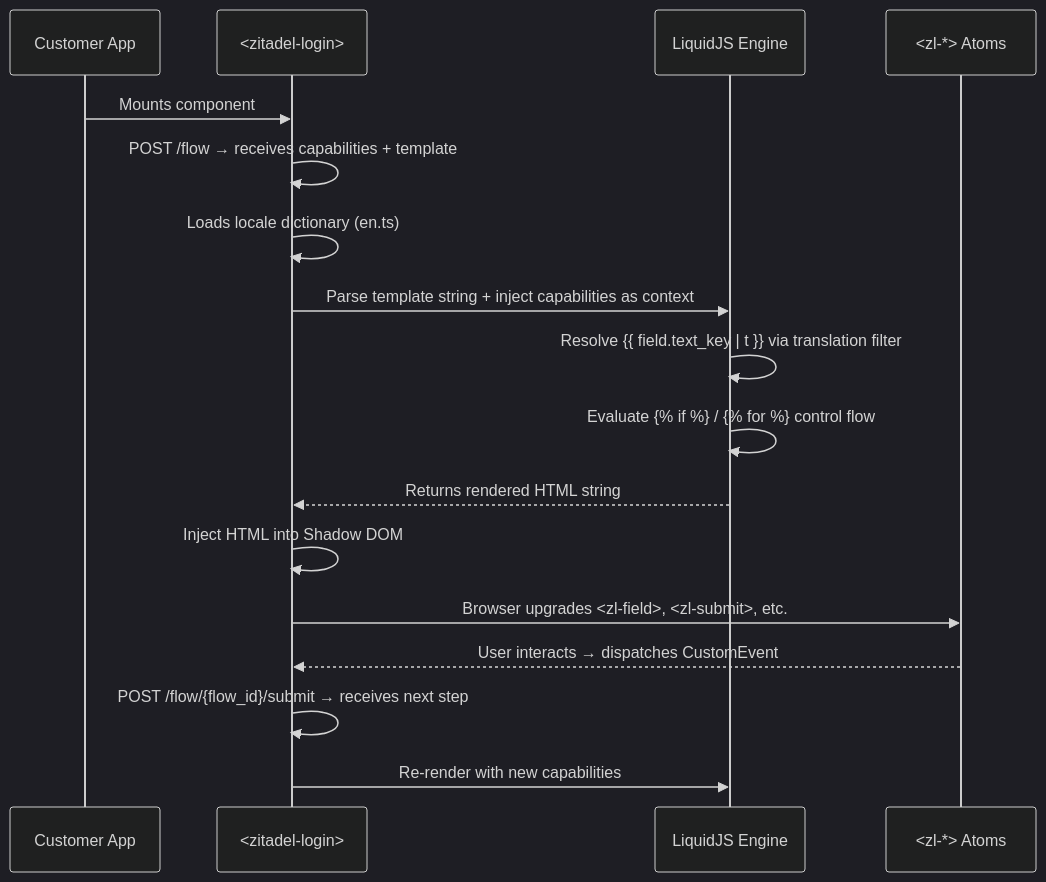
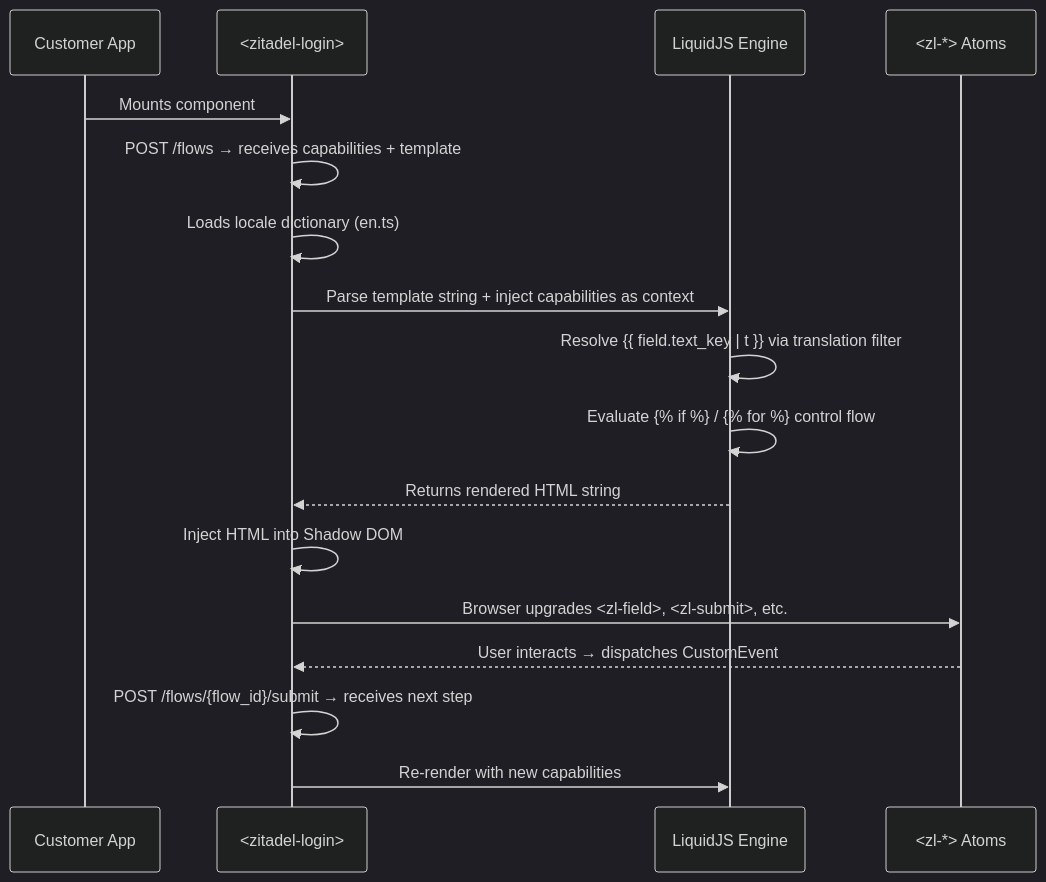
One commit to zitadel/nextgen changed the second of 8 diagrams in docs/design/flowengine/flow-engine-guide.md. Above: the diagram before and after it, drawn with Mermaid (dark theme). The commit also changed other lines of this file and 24 other files, not shown here.

First line of the commit message:
docs: name the flow operations' path /flows in the ADRs and design notes

````diff
--- a/docs/design/flowengine/flow-engine-guide.md
+++ b/docs/design/flowengine/flow-engine-guide.md
@@ -93,20 +93,20 @@
 ```mermaid
 sequenceDiagram
     participant App as Customer App
     participant ZL as <zitadel-login>
     participant Liquid as LiquidJS Engine
     participant Atoms as <zl-*> Atoms
 
     App->>ZL: Mounts component
-    ZL->>ZL: POST /flow → receives capabilities + template
+    ZL->>ZL: POST /flows → receives capabilities + template
     ZL->>ZL: Loads locale dictionary (en.ts)
     ZL->>Liquid: Parse template string + inject capabilities as context
     Liquid->>Liquid: Resolve {{ field.text_key | t }} via translation filter
     Liquid->>Liquid: Evaluate {% if %} / {% for %} control flow
     Liquid-->>ZL: Returns rendered HTML string
     ZL->>ZL: Inject HTML into Shadow DOM
     ZL->>Atoms: Browser upgrades <zl-field>, <zl-submit>, etc.
     Atoms-->>ZL: User interacts → dispatches CustomEvent
-    ZL->>ZL: POST /flow/{flow_id}/submit → receives next step
+    ZL->>ZL: POST /flows/{flow_id}/submit → receives next step
     ZL->>Liquid: Re-render with new capabilities
 ```
````
